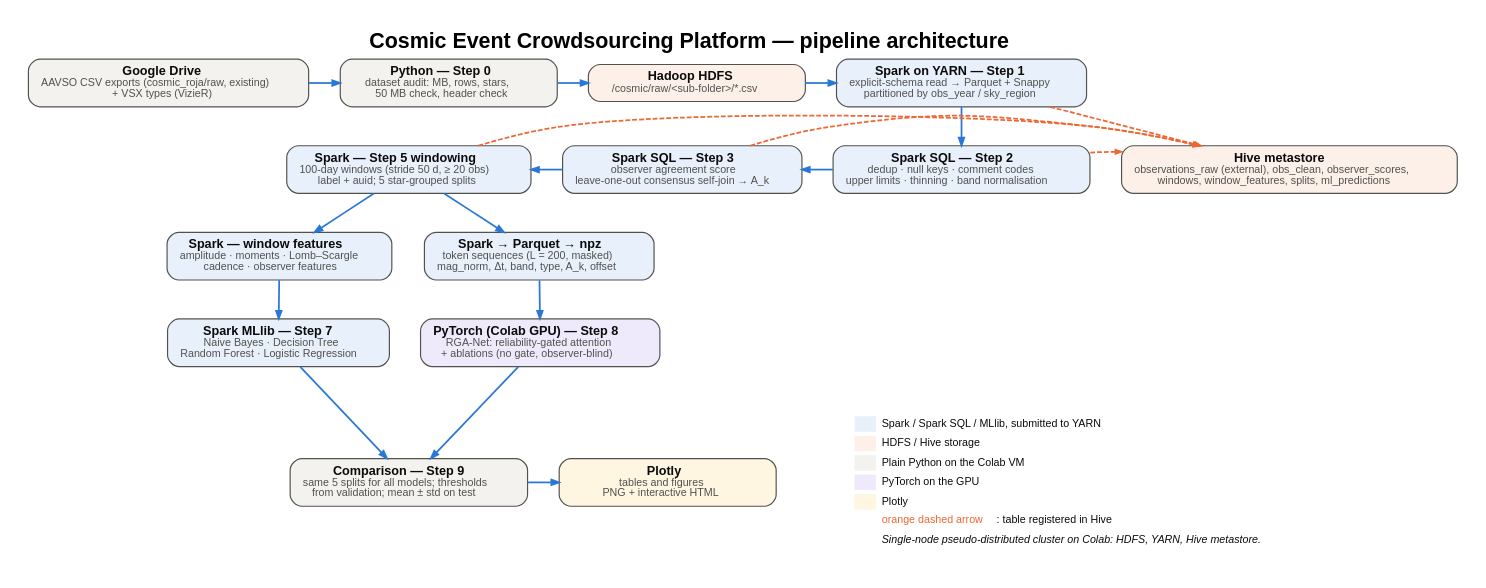
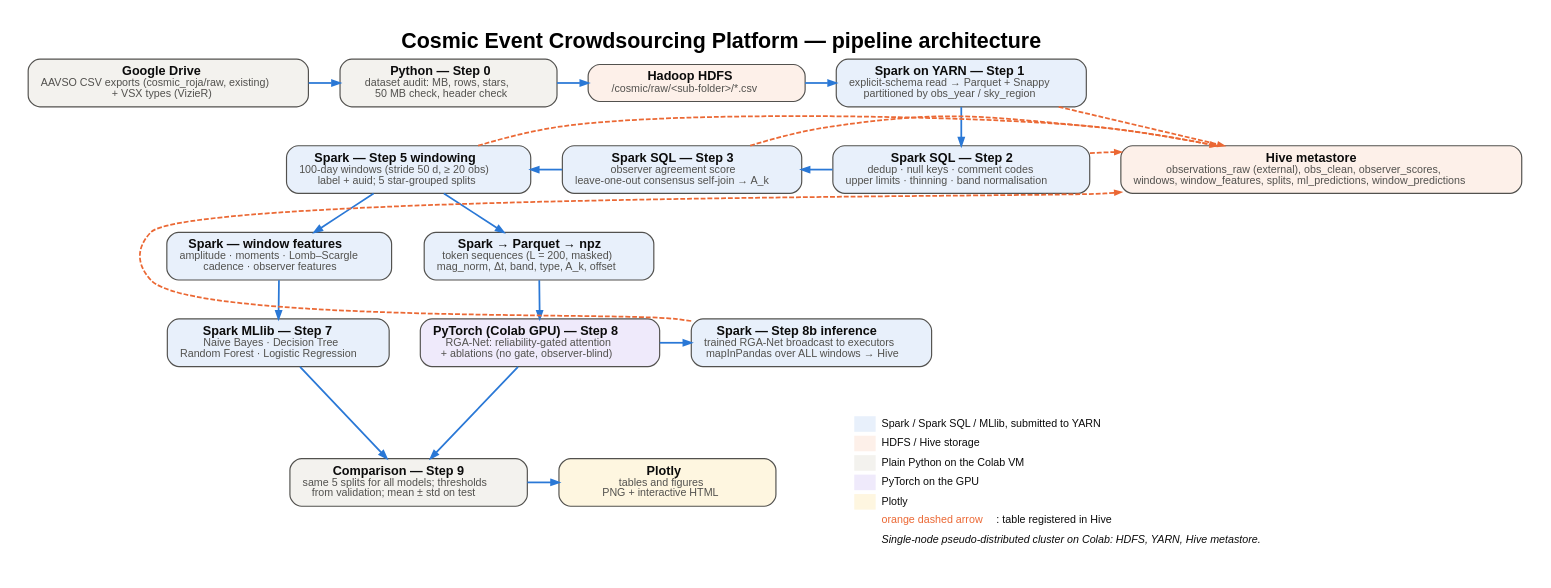
Before and after one commit to lowkey2556/cosmic-events: the diagram in docs/figures/architecture.dot, drawn with Graphviz. The commit also changed 17 other files, not shown here.

First line of the commit message:
Distributed inference with Spark (Step 8b); RGA-Net described as a Transformer encoder + our gate

```diff
--- a/docs/figures/architecture.dot
+++ b/docs/figures/architecture.dot
@@ -1,46 +1,49 @@
 digraph cosmic {
   graph [rankdir=TB, newrank=true, nodesep=0.45, ranksep=0.55, bgcolor="white", pad=0.3, fontname="Helvetica",
          labelloc=t, fontsize=22, label=<<b>Cosmic Event Crowdsourcing Platform — pipeline architecture</b>>];
   node  [shape=box, style="rounded,filled", color="#52514e", penwidth=1.2, fontname="Helvetica",
          fontsize=11, fontcolor="#0b0b0b", margin="0.18,0.10", width=3.1];
   edge  [color="#2a78d6", penwidth=1.8, arrowsize=0.8];
   drive [fillcolor="#f3f2ee", label=<<b><font point-size="13">Google Drive</font></b><br/><font color="#52514e">AAVSO CSV exports (cosmic_roja/raw, existing)<br/>+ VSX types (VizieR)</font>>];
   audit [fillcolor="#f3f2ee", label=<<b><font point-size="13">Python — Step 0</font></b><br/><font color="#52514e">dataset audit: MB, rows, stars,<br/>50 MB check, header check</font>>];
   hdfs [fillcolor="#fdf0e9", label=<<b><font point-size="13">Hadoop HDFS</font></b><br/><font color="#52514e">/cosmic/raw/&lt;sub-folder&gt;/*.csv</font>>];
   ingest [fillcolor="#e8f0fb", label=<<b><font point-size="13">Spark on YARN — Step 1</font></b><br/><font color="#52514e">explicit-schema read → Parquet + Snappy<br/>partitioned by obs_year / sky_region</font>>];
   prep [fillcolor="#e8f0fb", label=<<b><font point-size="13">Spark SQL — Step 2</font></b><br/><font color="#52514e">dedup · null keys · comment codes<br/>upper limits · thinning · band normalisation</font>>];
   score [fillcolor="#e8f0fb", label=<<b><font point-size="13">Spark SQL — Step 3</font></b><br/><font color="#52514e">observer agreement score<br/>leave-one-out consensus self-join → A_k</font>>];
   win [fillcolor="#e8f0fb", label=<<b><font point-size="13">Spark — Step 5 windowing</font></b><br/><font color="#52514e">100-day windows (stride 50 d, ≥ 20 obs)<br/>label + auid; 5 star-grouped splits</font>>];
   feat [fillcolor="#e8f0fb", label=<<b><font point-size="13">Spark — window features</font></b><br/><font color="#52514e">amplitude · moments · Lomb–Scargle<br/>cadence · observer features</font>>];
   seq [fillcolor="#e8f0fb", label=<<b><font point-size="13">Spark → Parquet → npz</font></b><br/><font color="#52514e">token sequences (L = 200, masked)<br/>mag_norm, Δt, band, type, A_k, offset</font>>];
   mllib [fillcolor="#e8f0fb", label=<<b><font point-size="13">Spark MLlib — Step 7</font></b><br/><font color="#52514e">Naive Bayes · Decision Tree<br/>Random Forest · Logistic Regression</font>>];
   rga [fillcolor="#efeafb", label=<<b><font point-size="13">PyTorch (Colab GPU) — Step 8</font></b><br/><font color="#52514e">RGA-Net: reliability-gated attention<br/>+ ablations (no gate, observer-blind)</font>>];
+  inf [fillcolor="#e8f0fb", label=<<b><font point-size="13">Spark — Step 8b inference</font></b><br/><font color="#52514e">trained RGA-Net broadcast to executors<br/>mapInPandas over ALL windows → Hive</font>>];
   cmp [fillcolor="#f3f2ee", label=<<b><font point-size="13">Comparison — Step 9</font></b><br/><font color="#52514e">same 5 splits for all models; thresholds<br/>from validation; mean ± std on test</font>>];
   fig [fillcolor="#fef6e0", label=<<b><font point-size="13">Plotly</font></b><br/><font color="#52514e">tables and figures<br/>PNG + interactive HTML</font>>];
-  hive [fillcolor="#fdf0e9", label=<<b><font point-size="13">Hive metastore</font></b><br/><font color="#52514e">observations_raw (external), obs_clean, observer_scores,<br/>windows, window_features, splits, ml_predictions</font>>];
+  hive [fillcolor="#fdf0e9", label=<<b><font point-size="13">Hive metastore</font></b><br/><font color="#52514e">observations_raw (external), obs_clean, observer_scores,<br/>windows, window_features, splits, ml_predictions, window_predictions</font>>];
   { rank=same; drive; audit; hdfs; ingest; }
   { rank=same; win; score; prep; hive; }
   { rank=same; feat; seq; }
-  { rank=same; mllib; rga; }
+  { rank=same; mllib; rga; inf; }
   { rank=same; cmp; fig; legend; }
   drive -> audit;
   audit -> hdfs;
   hdfs -> ingest;
   ingest -> prep;
   score -> prep [dir=back];
   win -> score [dir=back];
   win -> feat;
   win -> seq;
   feat -> mllib;
   seq -> rga;
   mllib -> cmp;
   rga -> cmp;
+  rga -> inf;
   cmp -> fig;
   prep -> hive [style=invis];
   ingest -> hive [style=dashed, color="#eb6834", arrowsize=0.6, constraint=false];
   prep -> hive [style=dashed, color="#eb6834", arrowsize=0.6, constraint=false];
   score -> hive [style=dashed, color="#eb6834", arrowsize=0.6, constraint=false];
   win -> hive [style=dashed, color="#eb6834", arrowsize=0.6, constraint=false];
+  inf -> hive [style=dashed, color="#eb6834", arrowsize=0.6, constraint=false];
   legend [shape=plaintext, style="", fontsize=11, label=<<table border="0" cellspacing="4"><tr><td bgcolor="#e8f0fb" width="22"> </td><td align="left">Spark / Spark SQL / MLlib, submitted to YARN</td></tr><tr><td bgcolor="#fdf0e9" width="22"> </td><td align="left">HDFS / Hive storage</td></tr><tr><td bgcolor="#f3f2ee" width="22"> </td><td align="left">Plain Python on the Colab VM</td></tr><tr><td bgcolor="#efeafb" width="22"> </td><td align="left">PyTorch on the GPU</td></tr><tr><td bgcolor="#fef6e0" width="22"> </td><td align="left">Plotly</td></tr><tr><td></td><td align="left"><font color="#eb6834">orange dashed arrow</font>: table registered in Hive</td></tr><tr><td></td><td align="left"><i>Single-node pseudo-distributed cluster on Colab: HDFS, YARN, Hive metastore.</i></td></tr></table>>];
   fig -> legend [style=invis, minlen=2];
 }
```
